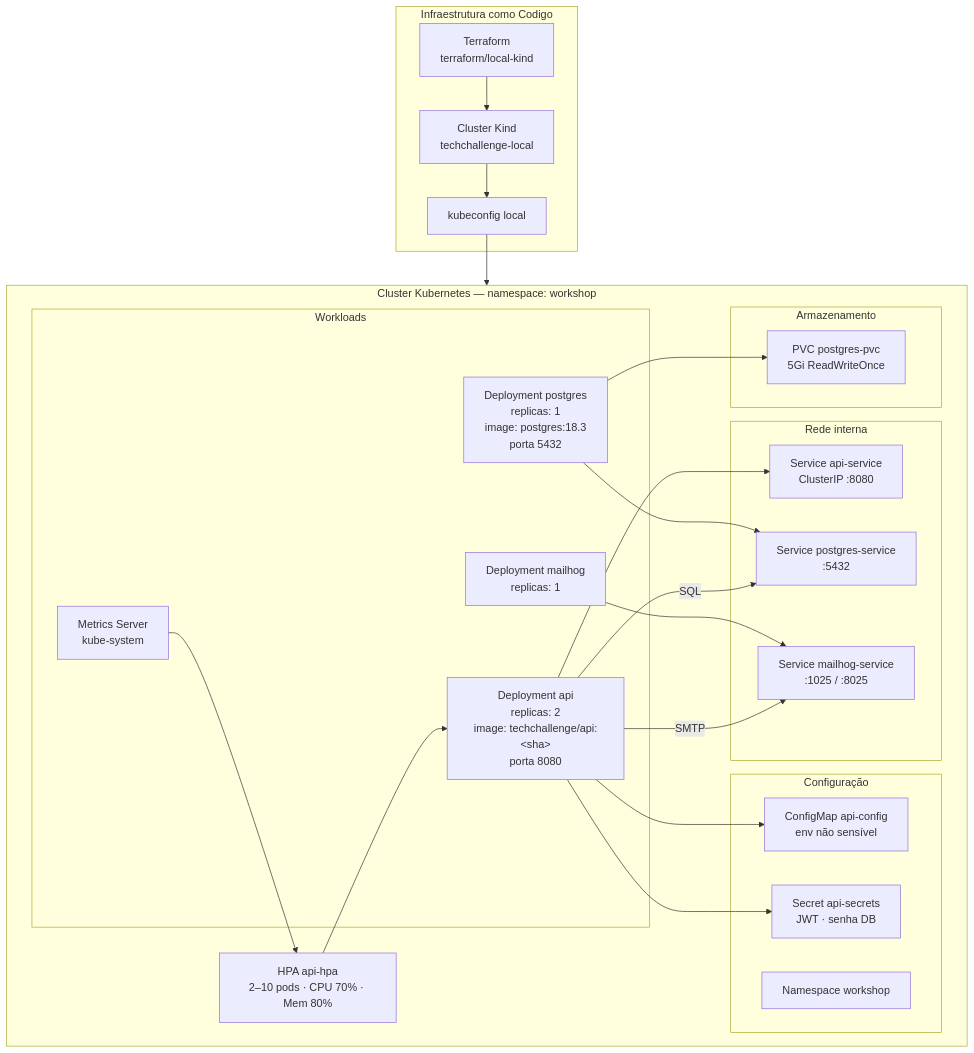
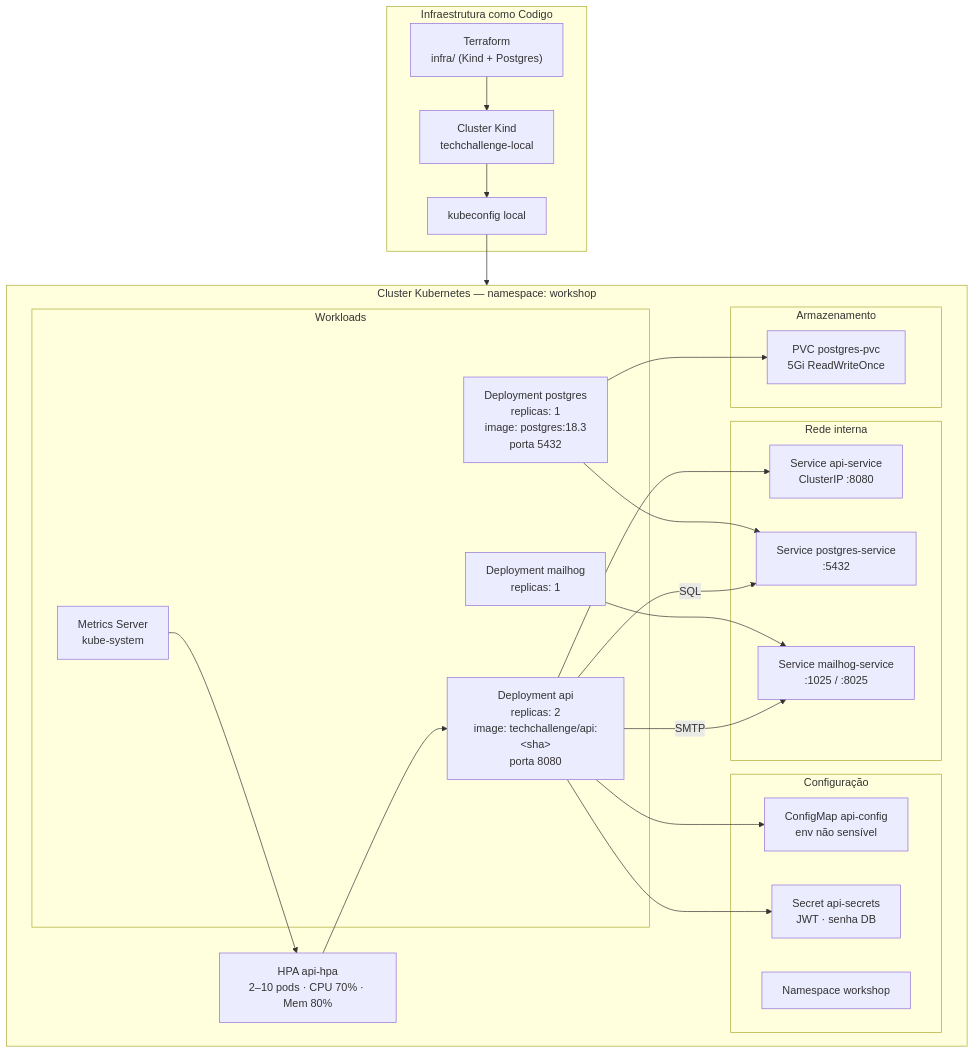
One commit to SOAT-15-Oficina/15soat-tech-challenge changed the third of 7 diagrams in README.md. Above: the diagram before and after it, drawn with Mermaid. The commit also changed other lines of this file and 18 other files, not shown here.

First line of the commit message:
Reorganiza infra Terraform em /infra e gerencia Postgres declarativamente

````diff
--- a/README.md
+++ b/README.md
@@ -127,49 +127,49 @@
 ```mermaid
 flowchart TB
     subgraph IaC["Infraestrutura como Codigo"]
-        TF["Terraform<br/>terraform/local-kind"]
+        TF["Terraform<br/>infra/ (Kind + Postgres)"]
         KIND["Cluster Kind<br/>techchallenge-local"]
         KCFG["kubeconfig local"]
     end
 
     subgraph K8s["Cluster Kubernetes — namespace: workshop"]
         subgraph Config["Configuração"]
             CM["ConfigMap api-config<br/>env não sensível"]
             SEC["Secret api-secrets<br/>JWT · senha DB"]
             NS["Namespace workshop"]
         end
 
         subgraph Workloads["Workloads"]
             APID["Deployment api<br/>replicas: 2<br/>image: techchallenge/api:&lt;sha&gt;<br/>porta 8080"]
             PGD["Deployment postgres<br/>replicas: 1<br/>image: postgres:18.3<br/>porta 5432"]
             MHD["Deployment mailhog<br/>replicas: 1"]
             MS["Metrics Server<br/>kube-system"]
         end
 
         subgraph Network["Rede interna"]
             SVC_API["Service api-service<br/>ClusterIP :8080"]
             SVC_PG["Service postgres-service<br/>:5432"]
             SVC_MH["Service mailhog-service<br/>:1025 / :8025"]
         end
 
         subgraph Storage["Armazenamento"]
             PVC["PVC postgres-pvc<br/>5Gi ReadWriteOnce"]
         end
 
         HPA["HPA api-hpa<br/>2–10 pods · CPU 70% · Mem 80%"]
     end
 
     TF --> KIND
     KIND --> KCFG
     KCFG --> K8s
     APID --> SVC_API
     PGD --> SVC_PG
     MHD --> SVC_MH
     PGD --> PVC
     APID --> CM
     APID --> SEC
     MS --> HPA
     HPA --> APID
     APID -->|"SQL"| SVC_PG
     APID -->|"SMTP"| SVC_MH
 ```
````
